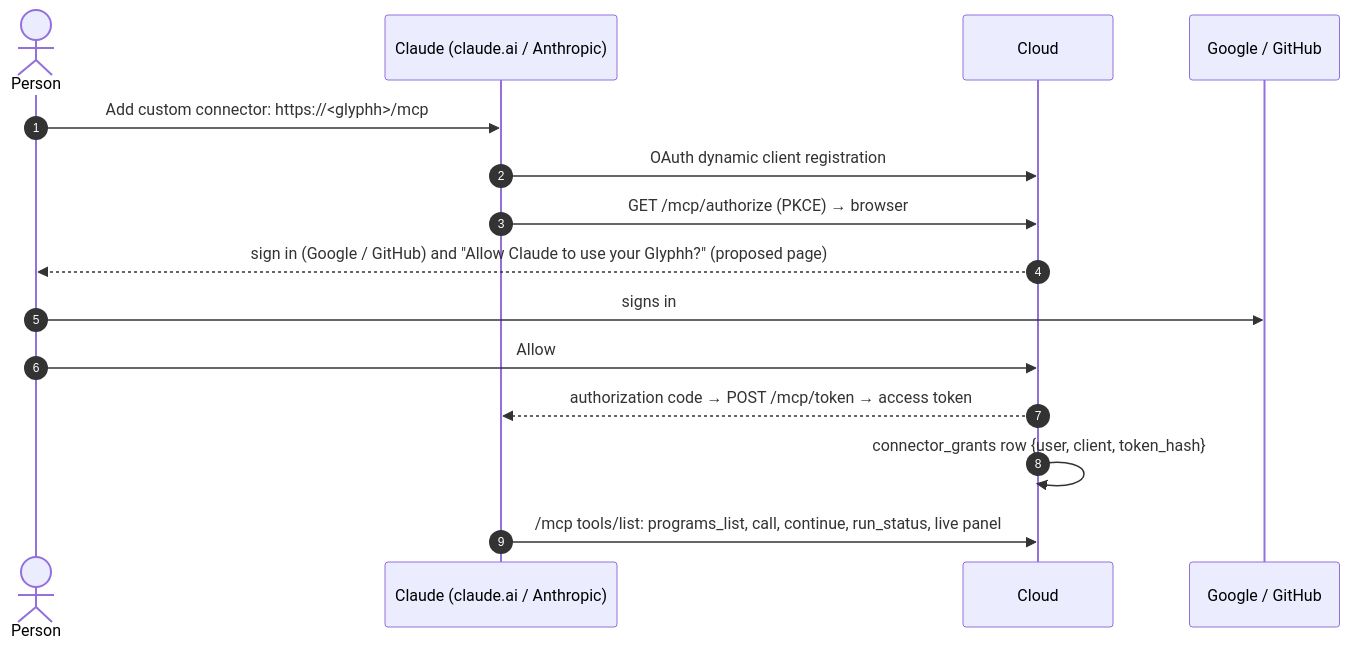
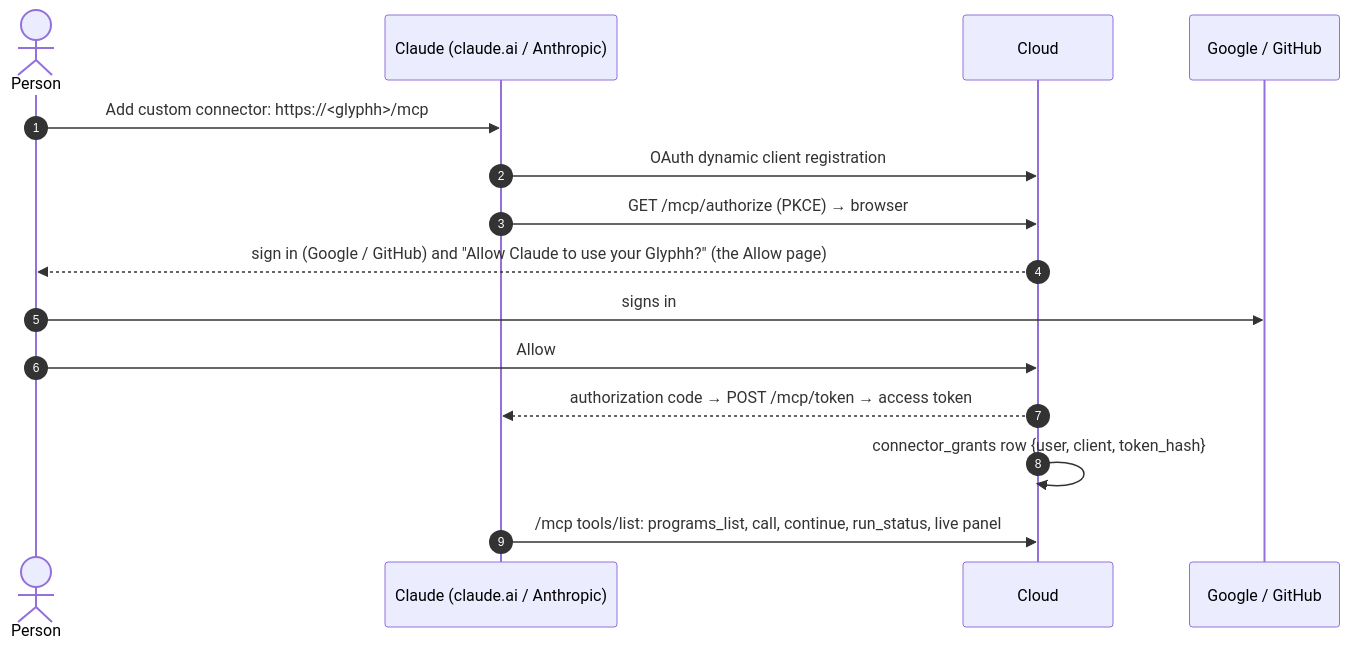
One commit to glyphh-ai/rrotor changed the fourth of 12 diagrams in docs/architecture.md. Above: the diagram before and after it, drawn with Mermaid. The commit also changed other lines of this file and 4 other files, not shown here.

Commit message:
Architecture: deploys and updates through git (the Glyphh GitHub App); the server gaps settled in its design

````diff
--- a/docs/architecture.md
+++ b/docs/architecture.md
@@ -134,17 +134,17 @@
 ```mermaid
 sequenceDiagram
     autonumber
     actor P as Person
     participant A as Claude (claude.ai / Anthropic)
     participant G as Cloud
     participant I as Google / GitHub
     P->>A: Add custom connector: https://#lt;glyphh#gt;/mcp
     A->>G: OAuth dynamic client registration
     A->>G: GET /mcp/authorize (PKCE) → browser
-    G-->>P: sign in (Google / GitHub) and "Allow Claude to use your Glyphh?" (proposed page)
+    G-->>P: sign in (Google / GitHub) and "Allow Claude to use your Glyphh?" (the Allow page)
     P->>I: signs in
     P->>G: Allow
     G-->>A: authorization code → POST /mcp/token → access token
     G->>G: connector_grants row {user, client, token_hash}
     A->>G: /mcp tools/list: programs_list, call, continue, run_status, live panel
 ```
````
